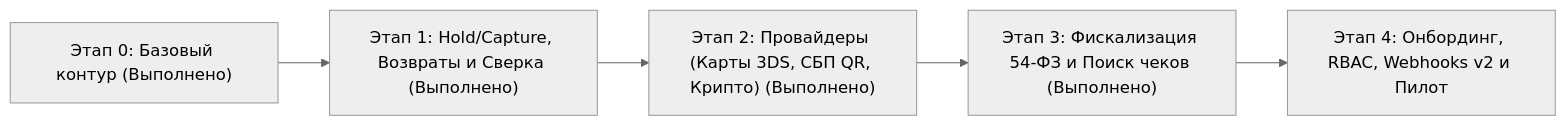
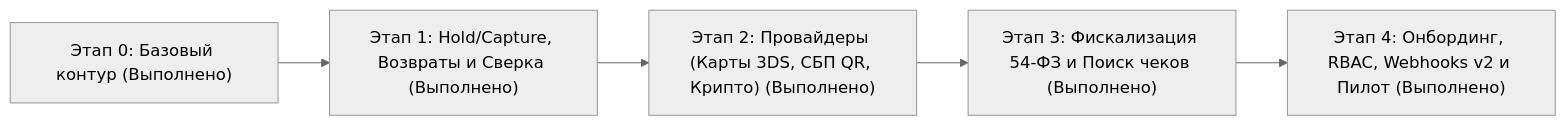
The diagram in docs/roadmap-backend.md (akkne/dobropay), drawn with Mermaid (neutral theme) before and after one commit. The commit also changed other lines of this file, not shown here.

Commit message:
docs: mark stage 4 as completed in backend roadmap

````diff
--- a/docs/roadmap-backend.md
+++ b/docs/roadmap-backend.md
@@ -13,7 +13,7 @@
 ```mermaid
 flowchart LR
   B0["Этап 0: Базовый контур (Выполнено)"] --> B1["Этап 1: Hold/Capture, Возвраты и Сверка (Выполнено)"]
   B1 --> B2["Этап 2: Провайдеры (Карты 3DS, СБП QR, Крипто) (Выполнено)"]
   B2 --> B3["Этап 3: Фискализация 54-ФЗ и Поиск чеков (Выполнено)"]
-  B3 --> B4["Этап 4: Онбординг, RBAC, Webhooks v2 и Пилот"]
+  B3 --> B4["Этап 4: Онбординг, RBAC, Webhooks v2 и Пилот (Выполнено)"]
 ```
````
